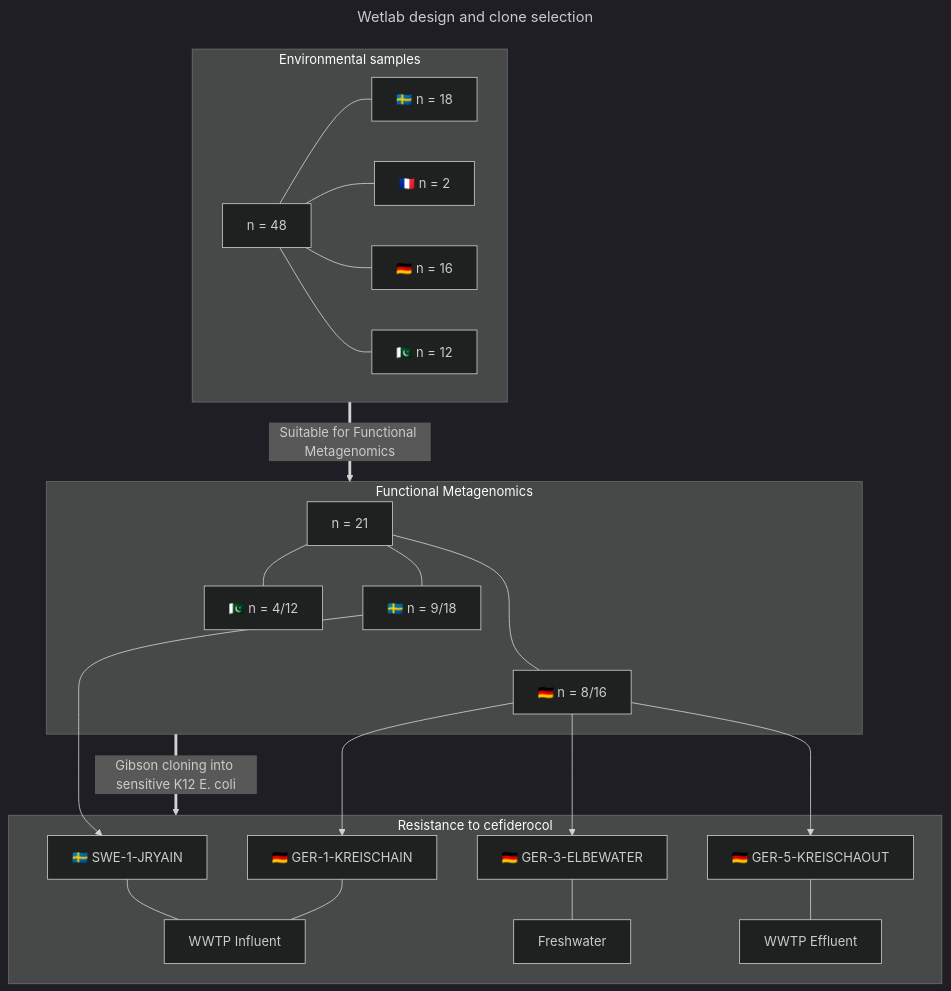
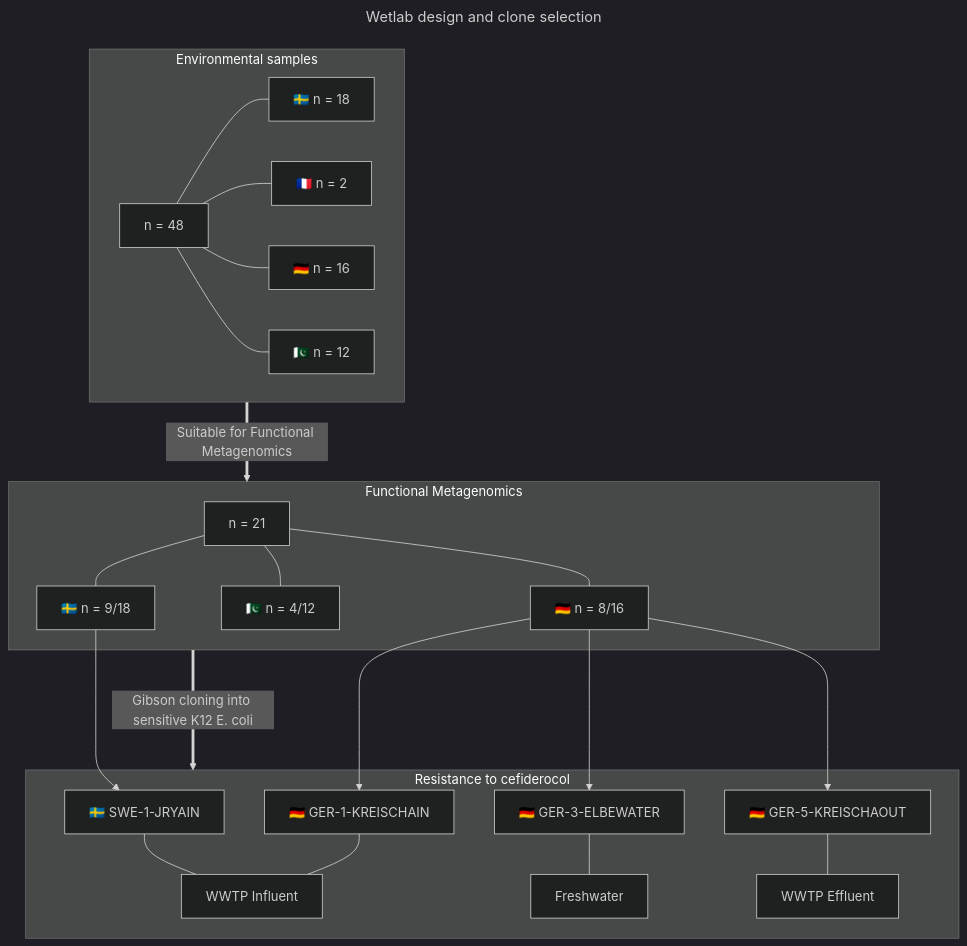
The first of 2 diagrams in README.md (RemiGSC/Mgf_FDC), drawn with Mermaid (dark theme) before and after one commit. The commit also changed other lines of this file, not shown here.

````diff
--- a/README.md
+++ b/README.md
@@ -7,36 +7,35 @@
 ```mermaid
 ---
 title: Wetlab design and clone selection
 ---
 flowchart TD
 	subgraph ev [Environmental samples]
 		A[n = 48] --- A1[🇸🇪 n = 18]
 		A --- A2[🇫🇷 n = 2]
 		A --- A3[🇩🇪 n = 16]
 		A --- A4[🇵🇰 n = 12]
 	end
 
 	subgraph fmg [Functional Metagenomics]
 		B[n = 21] --- B1[🇸🇪 n = 9/18]
 		B --- B3[🇩🇪 n = 8/16]
 		B --- B4[🇵🇰 n = 4/12]
-		B1 ~~~ B3
 	end
 
 	subgraph Rcef [Resistance to cefiderocol]
 			C1[🇸🇪 SWE-1-JRYAIN] --- WWIN[WWTP Influent]
 			C3a[🇩🇪 GER-1-KREISCHAIN] --- WWIN[WWTP Influent]
 			C3b[🇩🇪 GER-3-ELBEWATER] --- Fresh[Freshwater]
 			C3c[🇩🇪 GER-5-KREISCHAOUT] --- WWEF[WWTP Effluent]
 	end
 
 
 ev ==>|Suitable for Functional Metagenomics| fmg
 
 fmg ==>|Gibson cloning into sensitive K12 E. coli| Rcef
 
 B1 ---> C1
 B3 ---> C3a
 B3 ---> C3b
 B3 ---> C3c
 ```
````
